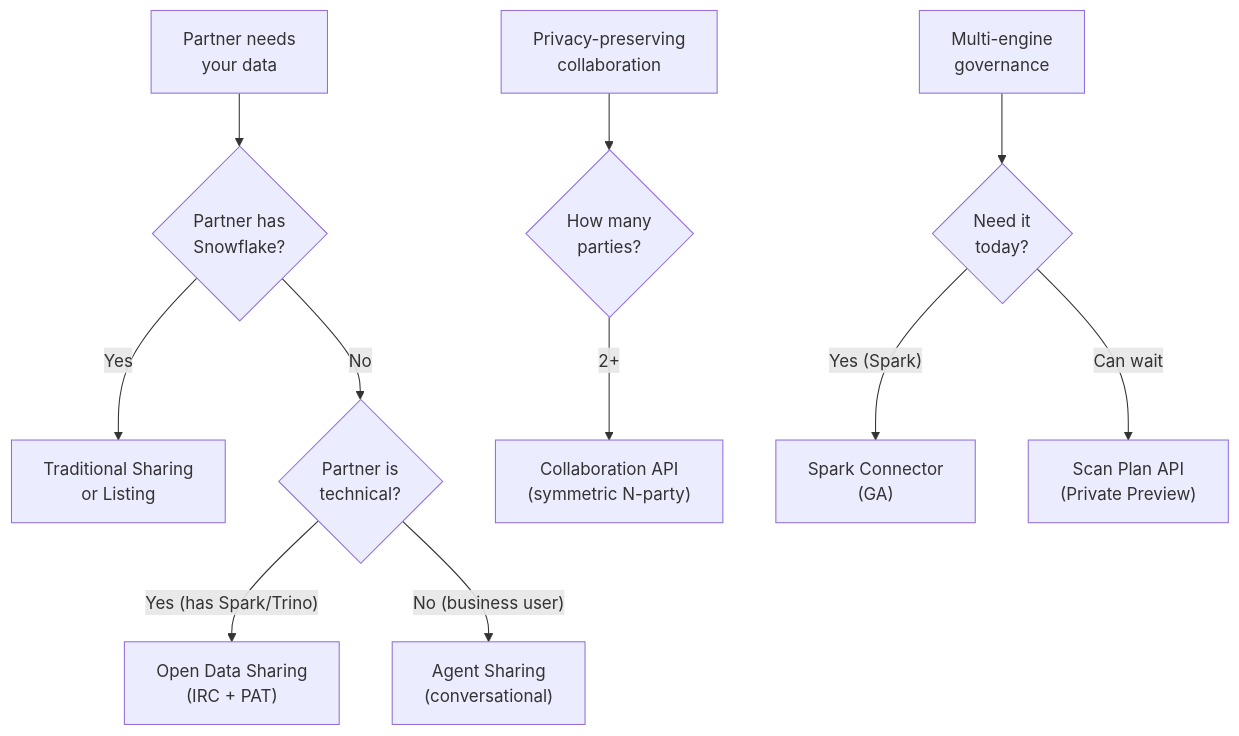
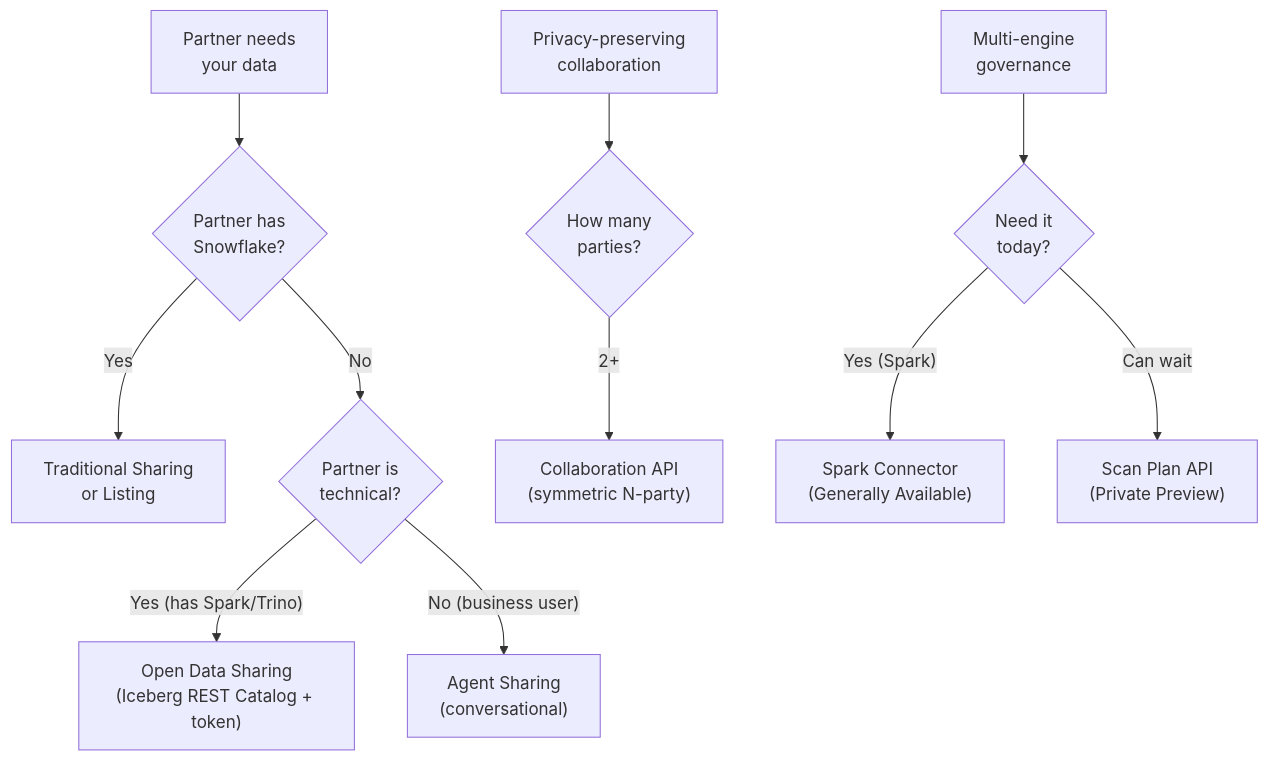
Before and after one commit to sfc-gh-miwhitaker/sfe-public: the first of 3 diagrams in guide-universal-data-sharing/README.md, drawn with Mermaid. The commit also changed other lines of this file, not shown here.

````diff
--- a/guide-universal-data-sharing/README.md
+++ b/guide-universal-data-sharing/README.md
@@ -48,17 +48,17 @@
 ```mermaid
 flowchart TD
     Start["Partner needs\nyour data"] --> HasSF{"Partner has\nSnowflake?"}
     
     HasSF -->|Yes| Traditional["Traditional Sharing\nor Listing"]
     HasSF -->|No| TechLevel{"Partner is\ntechnical?"}
     
-    TechLevel -->|"Yes (has Spark/Trino)"| OpenDS["Open Data Sharing\n(IRC + PAT)"]
+    TechLevel -->|"Yes (has Spark/Trino)"| OpenDS["Open Data Sharing\n(Iceberg REST Catalog + token)"]
     TechLevel -->|"No (business user)"| AgentShare["Agent Sharing\n(conversational)"]
     
     Start2["Privacy-preserving\ncollaboration"] --> NParties{"How many\nparties?"}
     NParties -->|"2+"| CollabAPI["Collaboration API\n(symmetric N-party)"]
     
     Start3["Multi-engine\ngovernance"] --> Today{"Need it\ntoday?"}
-    Today -->|"Yes (Spark)"| SparkConn["Spark Connector\n(GA)"]
+    Today -->|"Yes (Spark)"| SparkConn["Spark Connector\n(Generally Available)"]
     Today -->|"Can wait"| ScanPlan["Scan Plan API\n(Private Preview)"]
 ```
````
